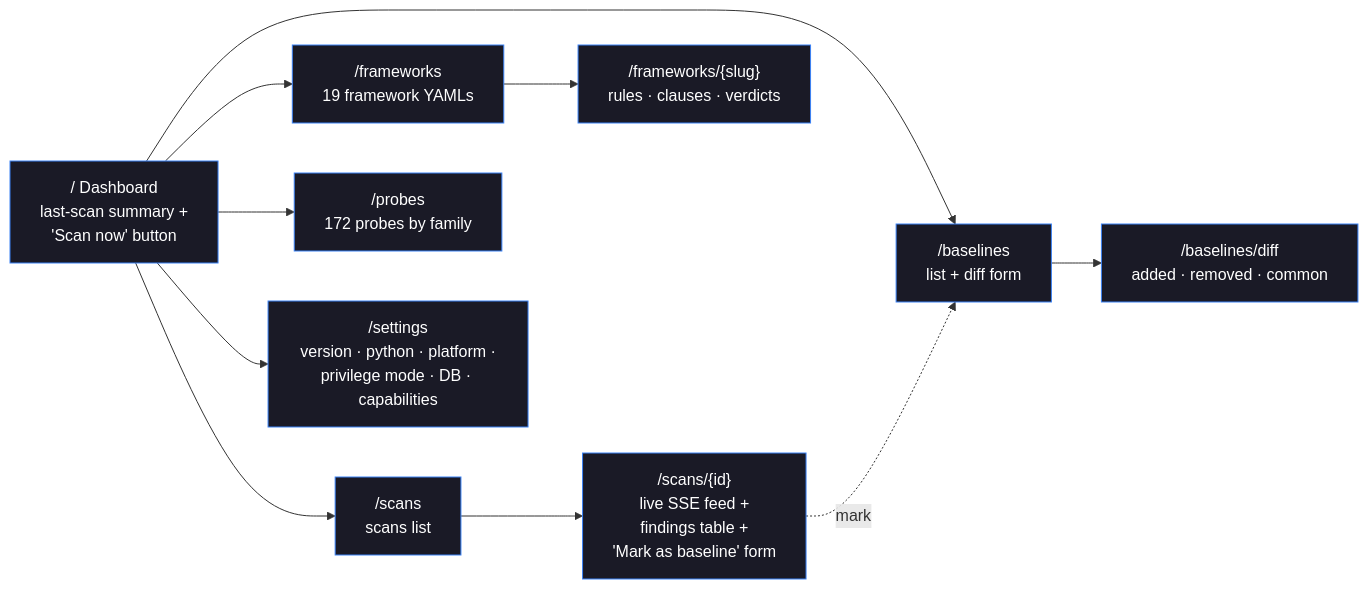
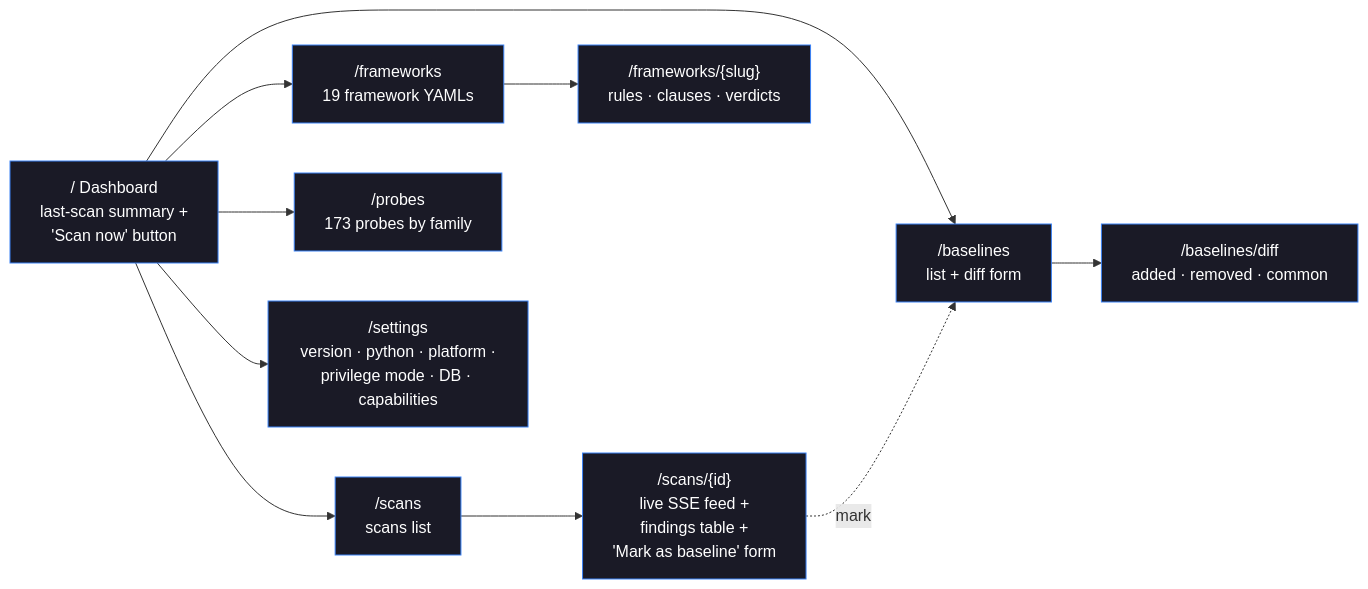
The fourth of 8 diagrams in README.md (orengacademy/pqc-scanner2), drawn with Mermaid before and after one commit. The commit also changed other lines of this file and 8 other files, not shown here.

````diff
--- a/README.md
+++ b/README.md
@@ -248,22 +248,22 @@
 ```mermaid
 flowchart LR
     HOME["/  Dashboard<br/>last-scan summary +<br/>'Scan now' button"]
     SCANS["/scans<br/>scans list"]
     DETAIL["/scans/{id}<br/>live SSE feed +<br/>findings table +<br/>'Mark as baseline' form"]
     FRAMEWORKS["/frameworks<br/>19 framework YAMLs"]
     FW_DET["/frameworks/{slug}<br/>rules · clauses · verdicts"]
-    PROBES["/probes<br/>172 probes by family"]
+    PROBES["/probes<br/>173 probes by family"]
     BASELINES["/baselines<br/>list + diff form"]
     DIFF["/baselines/diff<br/>added · removed · common"]
     SETTINGS["/settings<br/>version · python · platform ·<br/>privilege mode · DB · capabilities"]
 
     HOME --> SCANS --> DETAIL
     HOME --> FRAMEWORKS --> FW_DET
     HOME --> PROBES
     HOME --> BASELINES --> DIFF
     DETAIL -.mark.-> BASELINES
     HOME --> SETTINGS
 
     classDef page fill:#1a1a26,color:#fff,stroke:#3b82f6
     class HOME,SCANS,DETAIL,FRAMEWORKS,FW_DET,PROBES,BASELINES,DIFF,SETTINGS page
 ```
````
